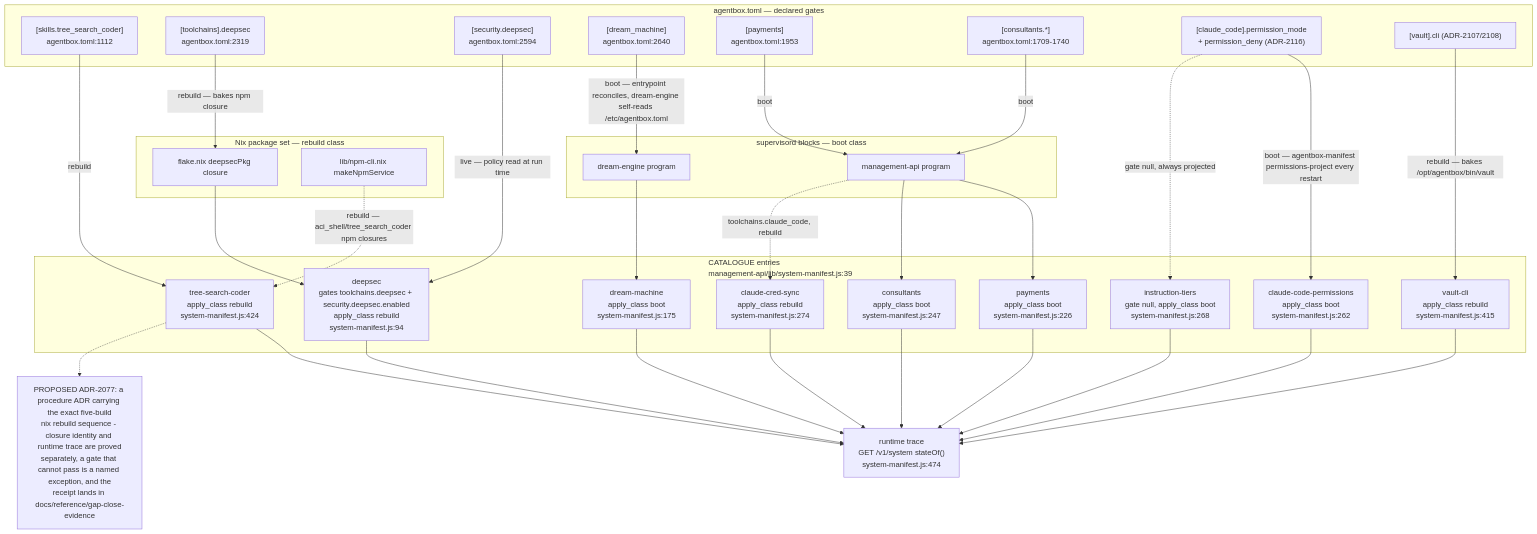
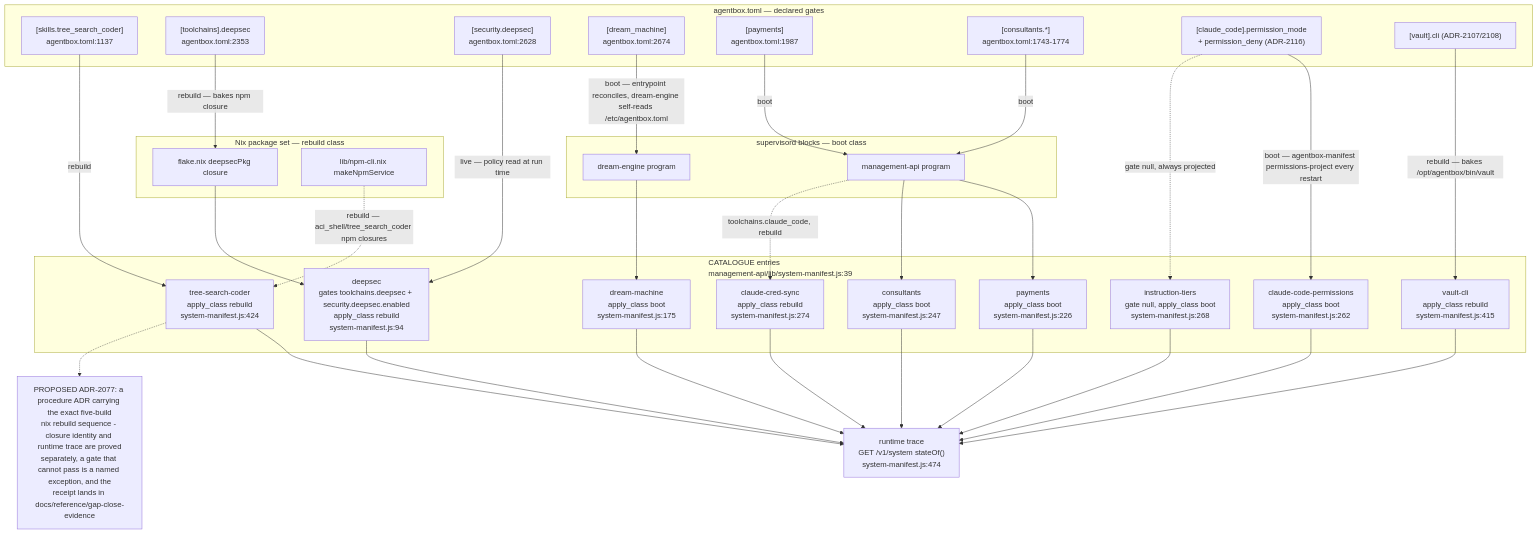
One commit to DreamLab-AI/VisionFlow changed the first of 15 diagrams in docs/diagrams/agentbox/15-capability-gating-spend-consultants.md. Above: the diagram before and after it, drawn with Mermaid. The commit also changed other lines of this file and 7 other files, not shown here.

First line of the commit message:
diagrams(agentbox): re-verify AB-09..AB-16 at agentbox 59b1aca, re-stamp

````diff
--- a/docs/diagrams/agentbox/15-capability-gating-spend-consultants.md
+++ b/docs/diagrams/agentbox/15-capability-gating-spend-consultants.md
@@ -59,61 +59,61 @@
 ```mermaid
 flowchart TD
     subgraph M["agentbox.toml — declared gates"]
-        M1["[skills.tree_search_coder]<br/>agentbox.toml:1112"]
-        M2["[toolchains].deepsec<br/>agentbox.toml:2319"]
-        M3["[security.deepsec]<br/>agentbox.toml:2594"]
-        M4["[dream_machine]<br/>agentbox.toml:2640"]
-        M5["[payments]<br/>agentbox.toml:1953"]
-        M6["[consultants.*]<br/>agentbox.toml:1709-1740"]
+        M1["[skills.tree_search_coder]<br/>agentbox.toml:1137"]
+        M2["[toolchains].deepsec<br/>agentbox.toml:2353"]
+        M3["[security.deepsec]<br/>agentbox.toml:2628"]
+        M4["[dream_machine]<br/>agentbox.toml:2674"]
+        M5["[payments]<br/>agentbox.toml:1987"]
+        M6["[consultants.*]<br/>agentbox.toml:1743-1774"]
         M7["[claude_code].permission_mode<br/>+ permission_deny (ADR-2116)"]
         M8["[vault].cli (ADR-2107/2108)"]
     end
     subgraph N["Nix package set — rebuild class"]
         N1["flake.nix deepsecPkg closure"]
         N2["lib/npm-cli.nix makeNpmService"]
     end
     subgraph S["supervisord blocks — boot class"]
         S1["dream-engine program"]
         S2["management-api program"]
     end
     subgraph C["CATALOGUE entries<br/>management-api/lib/system-manifest.js:39"]
         C1["tree-search-coder<br/>apply_class rebuild<br/>system-manifest.js:424"]
         C2["deepsec<br/>gates toolchains.deepsec + security.deepsec.enabled<br/>apply_class rebuild<br/>system-manifest.js:94"]
         C3["dream-machine<br/>apply_class boot<br/>system-manifest.js:175"]
         C4["payments<br/>apply_class boot<br/>system-manifest.js:226"]
         C5["consultants<br/>apply_class boot<br/>system-manifest.js:247"]
         C6["claude-code-permissions<br/>apply_class boot<br/>system-manifest.js:262"]
         C7["instruction-tiers<br/>gate null, apply_class boot<br/>system-manifest.js:268"]
         C8["claude-cred-sync<br/>apply_class rebuild<br/>system-manifest.js:274"]
         C9["vault-cli<br/>apply_class rebuild<br/>system-manifest.js:415"]
     end
     R["runtime trace<br/>GET /v1/system stateOf()<br/>system-manifest.js:474"]
 
     M1 -->|"rebuild"| C1
     M2 -->|"rebuild — bakes npm closure"| N1
     N1 --> C2
     M3 -->|"live — policy read at run time"| C2
     M4 -->|"boot — entrypoint reconciles, dream-engine self-reads /etc/agentbox.toml"| S1
     S1 --> C3
     M5 -->|"boot"| S2
     S2 --> C4
     M6 -->|"boot"| S2
     S2 --> C5
     M7 -->|"boot — agentbox-manifest permissions-project every restart"| C6
     M7 -.->|"gate null, always projected"| C7
     M8 -->|"rebuild — bakes /opt/agentbox/bin/vault"| C9
     S2 -.->|"toolchains.claude_code, rebuild"| C8
     C1 --> R
     C2 --> R
     C3 --> R
     C4 --> R
     C5 --> R
     C6 --> R
     C7 --> R
     C8 --> R
     C9 --> R
     N2 -.->|"rebuild — aci_shell/tree_search_coder npm closures"| C1
 
     note1["PROPOSED ADR-2077: a procedure ADR carrying the exact five-build<br/>nix rebuild sequence - closure identity and runtime trace are proved<br/>separately, a gate that cannot pass is a named exception, and the<br/>receipt lands in docs/reference/gap-close-evidence"]
     C1 -.-> note1
 ```
````
